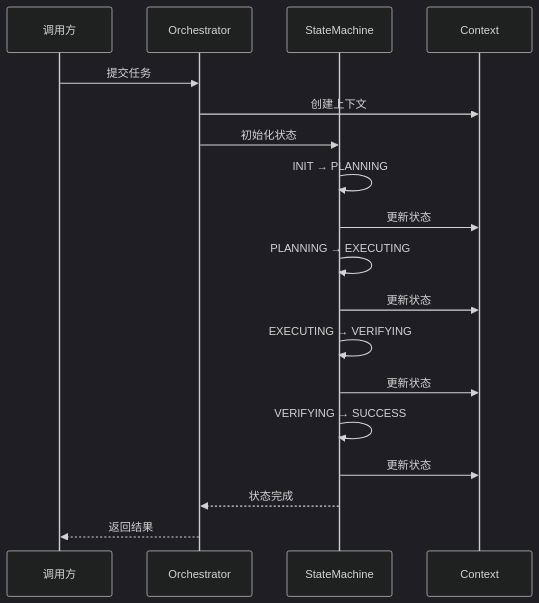
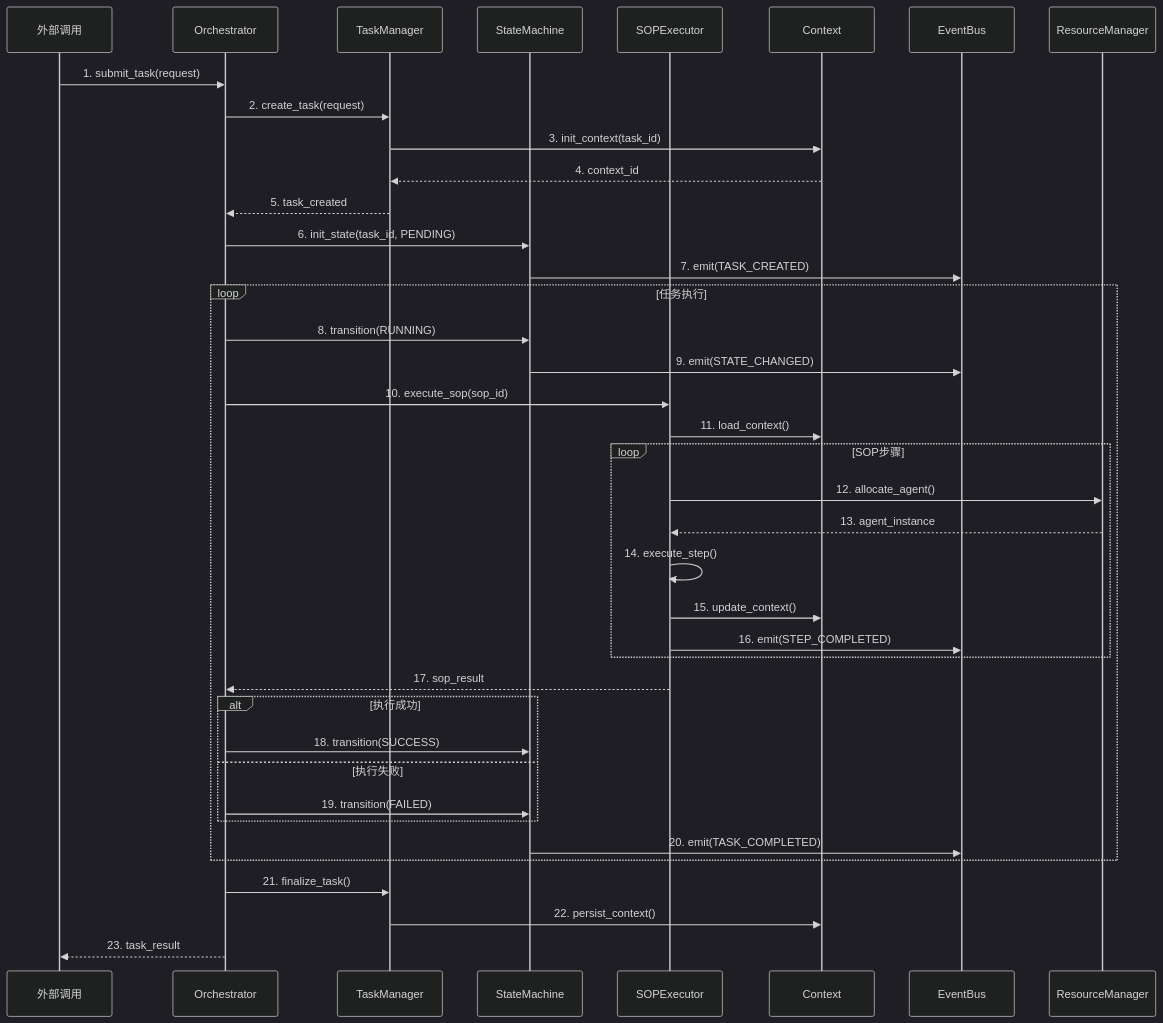
Before and after one commit to Aiting-for-you/OpsPilot: the second of 2 diagrams in OpsPilot/docs/architecture/module-core.md, drawn with Mermaid (dark theme). The commit also changed other lines of this file and 7 other files, not shown here.

Commit message:
refactor: 大幅扩展架构图组件，反映真实系统复杂度

````diff
--- a/OpsPilot/docs/architecture/module-core.md
+++ b/OpsPilot/docs/architecture/module-core.md
@@ -29,26 +102,50 @@
 ```mermaid
 sequenceDiagram
-    participant Client as 调用方
+    participant CLIENT as 外部调用
     participant ORCH as Orchestrator
-    participant FSM as StateMachine
+    participant TASK as TaskManager
+    participant SM as StateMachine
+    participant SOP as SOPExecutor
     participant CTX as Context
+    participant EVT as EventBus
+    participant RES as ResourceManager
 
-    Client->>ORCH: 提交任务
-    ORCH->>CTX: 创建上下文
-    ORCH->>FSM: 初始化状态
+    CLIENT->>ORCH: 1. submit_task(request)
+    ORCH->>TASK: 2. create_task(request)
+    TASK->>CTX: 3. init_context(task_id)
+    CTX-->>TASK: 4. context_id
+    TASK-->>ORCH: 5. task_created
 
-    FSM->>FSM: INIT → PLANNING
-    FSM->>CTX: 更新状态
-
-    FSM->>FSM: PLANNING → EXECUTING
-    FSM->>CTX: 更新状态
-
-    FSM->>FSM: EXECUTING → VERIFYING
-    FSM->>CTX: 更新状态
-
-    FSM->>FSM: VERIFYING → SUCCESS
-    FSM->>CTX: 更新状态
-
-    FSM-->>ORCH: 状态完成
-    ORCH-->>Client: 返回结果
+    ORCH->>SM: 6. init_state(task_id, PENDING)
+    SM->>EVT: 7. emit(TASK_CREATED)
+    
+    loop 任务执行
+        ORCH->>SM: 8. transition(RUNNING)
+        SM->>EVT: 9. emit(STATE_CHANGED)
+        
+        ORCH->>SOP: 10. execute_sop(sop_id)
+        SOP->>CTX: 11. load_context()
+        
+        loop SOP步骤
+            SOP->>RES: 12. allocate_agent()
+            RES-->>SOP: 13. agent_instance
+            SOP->>SOP: 14. execute_step()
+            SOP->>CTX: 15. update_context()
+            SOP->>EVT: 16. emit(STEP_COMPLETED)
+        end
+        
+        SOP-->>ORCH: 17. sop_result
+        
+        alt 执行成功
+            ORCH->>SM: 18. transition(SUCCESS)
+        else 执行失败
+            ORCH->>SM: 19. transition(FAILED)
+        end
+        
+        SM->>EVT: 20. emit(TASK_COMPLETED)
+    end
+    
+    ORCH->>TASK: 21. finalize_task()
+    TASK->>CTX: 22. persist_context()
+    ORCH-->>CLIENT: 23. task_result
 ```
````
